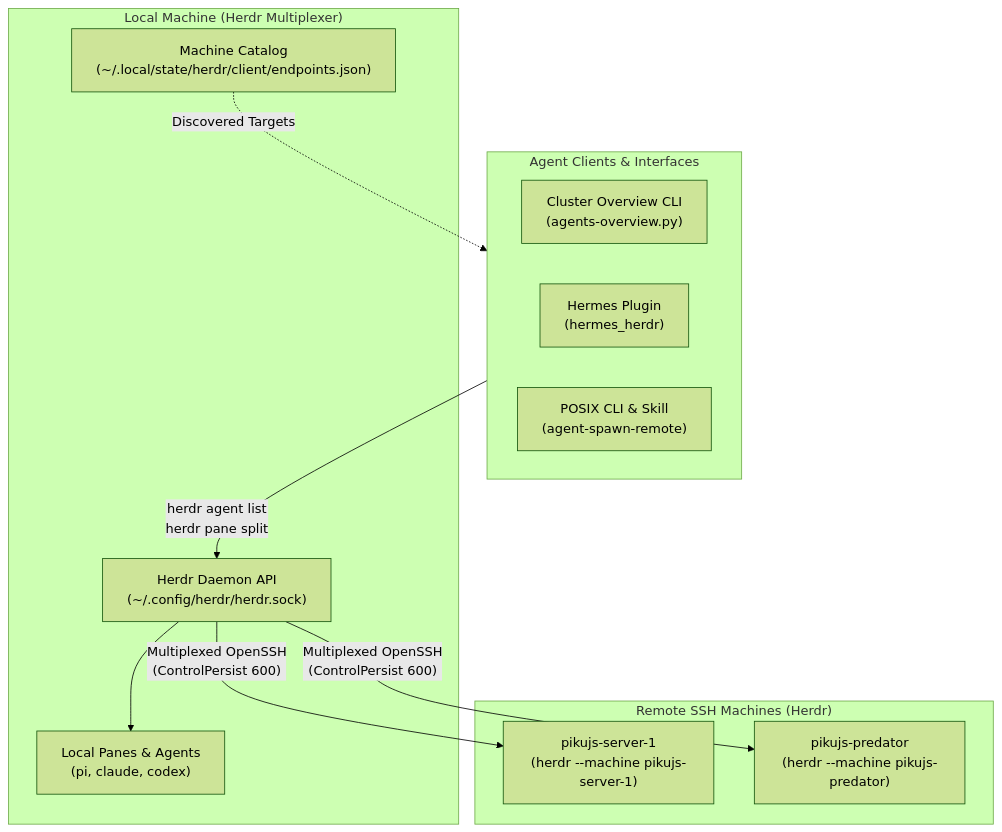
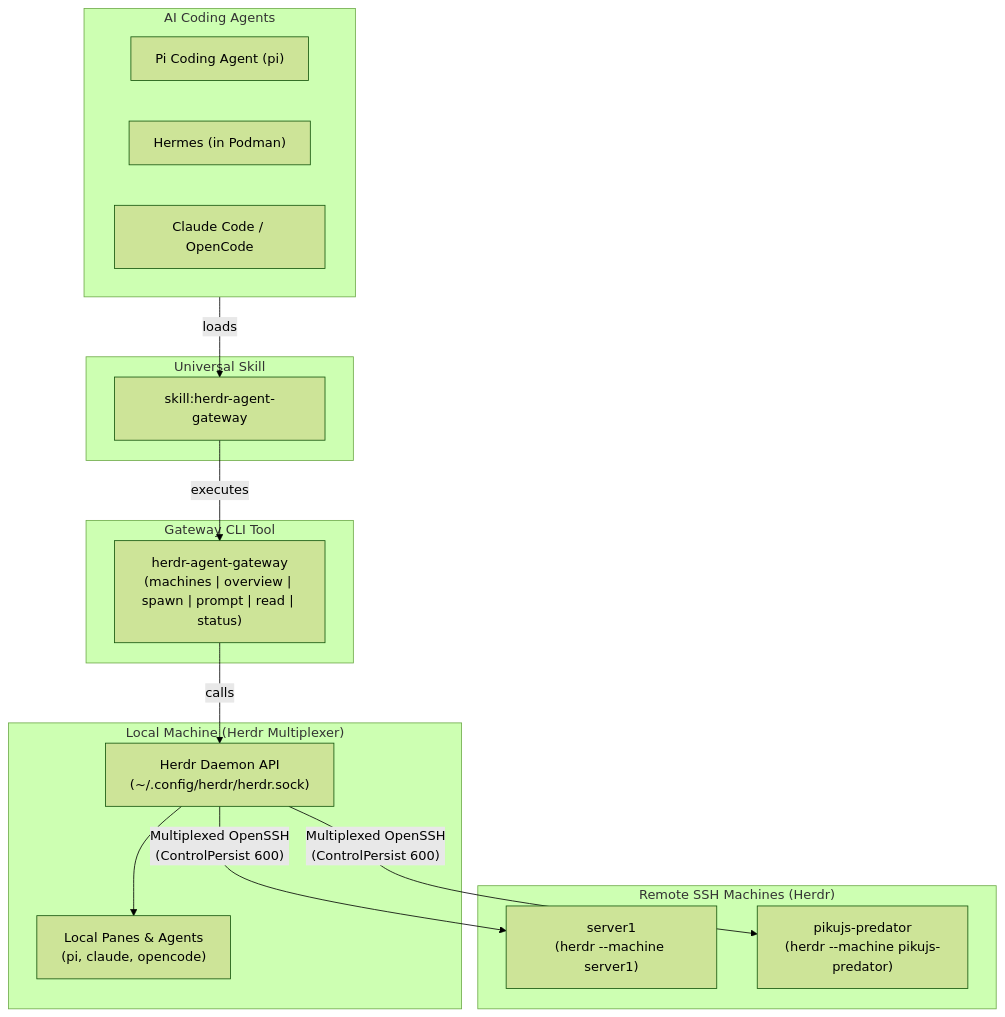
Before and after one commit to pikujs/herdr-agent-gateway: the diagram in README.md, drawn with Mermaid (forest theme). The commit also changed other lines of this file and 34 other files, not shown here.

Commit message:
feat: consolidate into unified CLI and universal agent skill OP#358

````diff
--- a/README.md
+++ b/README.md
@@ -40,25 +39,33 @@
 ```mermaid
 flowchart TD
-    subgraph Clients["Agent Clients & Interfaces"]
-        OverviewCLI["Cluster Overview CLI<br/>(agents-overview.py)"]
-        HermesPlugin["Hermes Plugin<br/>(hermes_herdr)"]
-        POSIXScript["POSIX CLI & Skill<br/>(agent-spawn-remote)"]
+    subgraph Agents["AI Coding Agents"]
+        PiAgent["Pi Coding Agent (pi)"]
+        HermesAgent["Hermes (in Podman)"]
+        ClaudeAgent["Claude Code / OpenCode"]
+    end
+
+    subgraph Skill["Universal Skill"]
+        SkillDef["skill:herdr-agent-gateway"]
+    end
+
+    subgraph CLI["Gateway CLI Tool"]
+        GatewayCLI["herdr-agent-gateway<br/>(machines | overview | spawn | prompt | read | status)"]
     end
 
     subgraph LocalHerdr["Local Machine (Herdr Multiplexer)"]
         LocalDaemon["Herdr Daemon API<br/>(~/.config/herdr/herdr.sock)"]
-        LocalState["Machine Catalog<br/>(~/.local/state/herdr/client/endpoints.json)"]
-        LocalPanes["Local Panes & Agents<br/>(pi, claude, codex)"]
+        LocalPanes["Local Panes & Agents<br/>(pi, claude, opencode)"]
     end
 
     subgraph RemoteMachines["Remote SSH Machines (Herdr)"]
-        Server1["pikujs-server-1<br/>(herdr --machine pikujs-server-1)"]
+        Server1["server1<br/>(herdr --machine server1)"]
         Predator["pikujs-predator<br/>(herdr --machine pikujs-predator)"]
     end
 
-    Clients -->|"herdr agent list<br/>herdr pane split"| LocalDaemon
+    Agents -->|"loads"| SkillDef
+    SkillDef -->|"executes"| GatewayCLI
+    GatewayCLI -->|"calls"| LocalDaemon
     LocalDaemon --> LocalPanes
     LocalDaemon -->|"Multiplexed OpenSSH<br/>(ControlPersist 600)"| Server1
     LocalDaemon -->|"Multiplexed OpenSSH<br/>(ControlPersist 600)"| Predator
-    LocalState -.->|"Discovered Targets"| Clients
 ```
````
